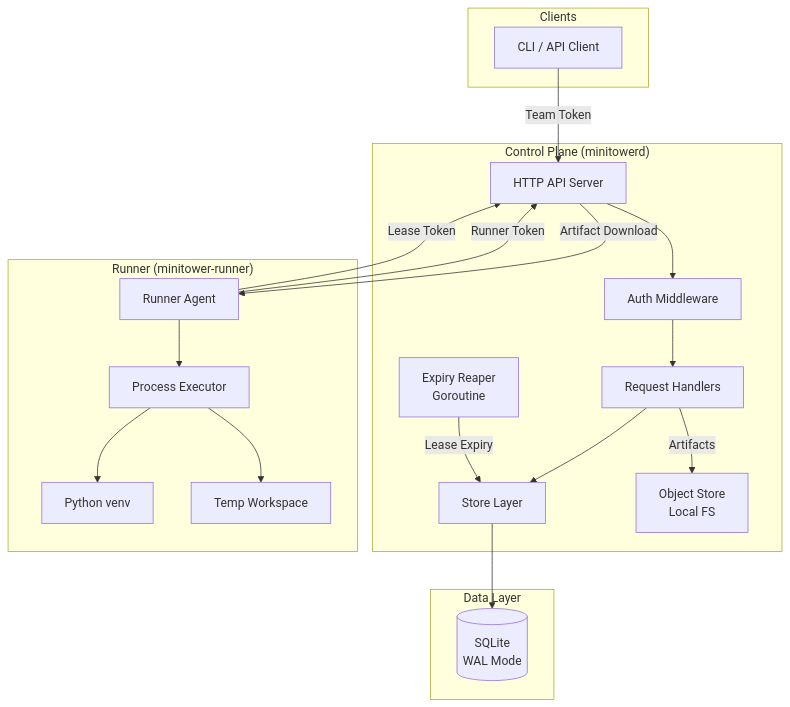
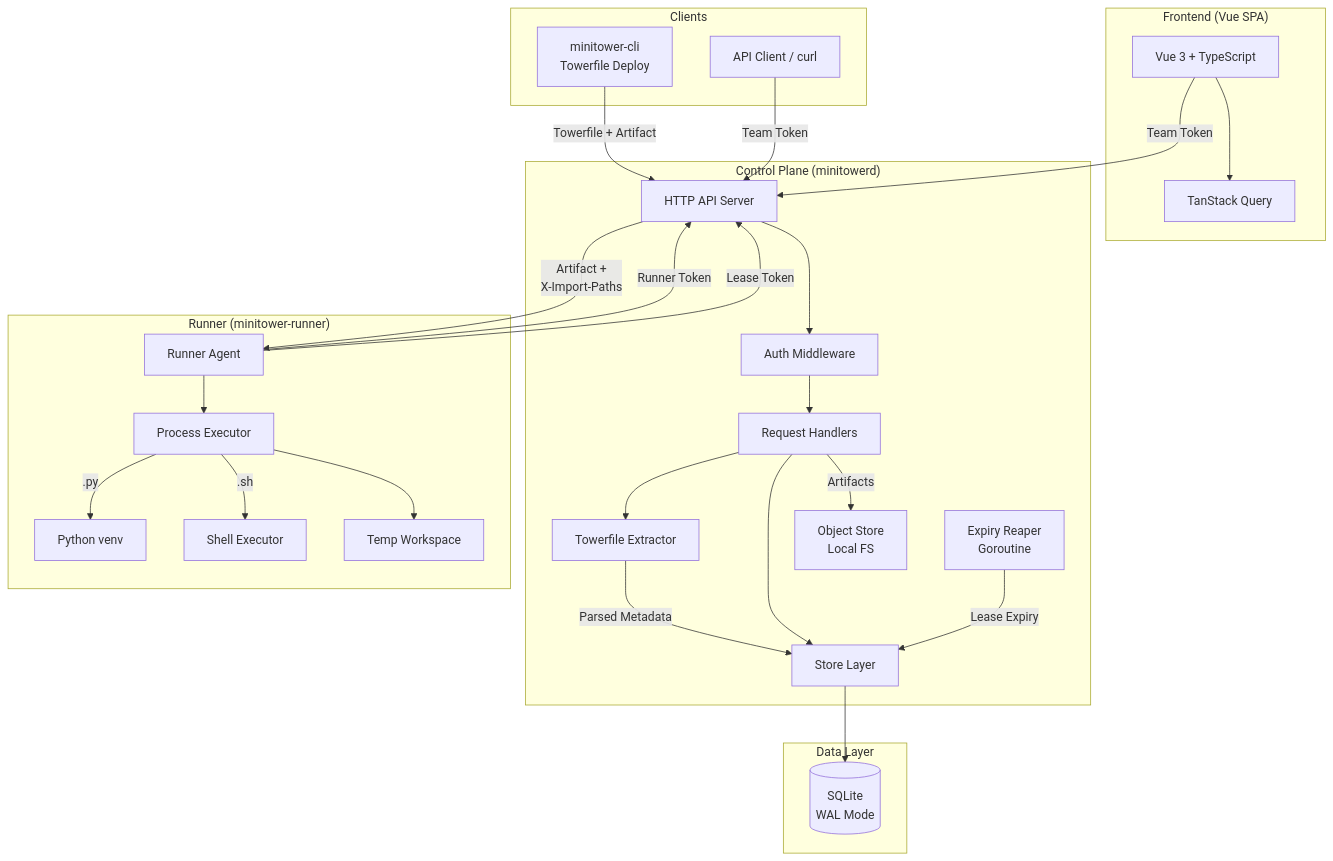
Before and after one commit to ryan-h265/mini-tower: the first of 5 diagrams in docs/architecture.md, drawn with Mermaid. The commit also changed other lines of this file and 1 other file, not shown here.

First line of the commit message:
Update architecture diagrams and docs for Towerfile and frontend

````diff
--- a/docs/architecture.md
+++ b/docs/architecture.md
@@ -20,41 +20,55 @@
 ```mermaid
 graph TB
     subgraph "Clients"
-        CLI[CLI / API Client]
+        MCLI[minitower-cli<br/>Towerfile Deploy]
+        API_CLIENT[API Client / curl]
+    end
+
+    subgraph "Frontend (Vue SPA)"
+        VueApp[Vue 3 + TypeScript]
+        TanStack[TanStack Query]
     end
 
     subgraph "Control Plane (minitowerd)"
         API[HTTP API Server]
         Auth[Auth Middleware]
         Handlers[Request Handlers]
+        TFExtract[Towerfile Extractor]
         Store[Store Layer]
         Reaper[Expiry Reaper<br/>Goroutine]
         Objects[Object Store<br/>Local FS]
     end
 
     subgraph "Data Layer"
         SQLite[(SQLite<br/>WAL Mode)]
     end
 
     subgraph "Runner (minitower-runner)"
         RunnerMain[Runner Agent]
         Executor[Process Executor]
         VEnv[Python venv]
+        Shell[Shell Executor]
         Workspace[Temp Workspace]
     end
 
-    CLI -->|Team Token| API
+    MCLI -->|Towerfile + Artifact| API
+    API_CLIENT -->|Team Token| API
+    VueApp -->|Team Token| API
+    VueApp --> TanStack
     API --> Auth
     Auth --> Handlers
+    Handlers --> TFExtract
+    TFExtract -->|Parsed Metadata| Store
     Handlers --> Store
     Store --> SQLite
     Handlers -->|Artifacts| Objects
     Reaper -->|Lease Expiry| Store
 
     RunnerMain -->|Runner Token| API
     RunnerMain -->|Lease Token| API
-    API -->|Artifact Download| RunnerMain
+    API -->|Artifact +<br/>X-Import-Paths| RunnerMain
     RunnerMain --> Executor
-    Executor --> VEnv
+    Executor -->|.py| VEnv
+    Executor -->|.sh| Shell
     Executor --> Workspace
 ```
````
